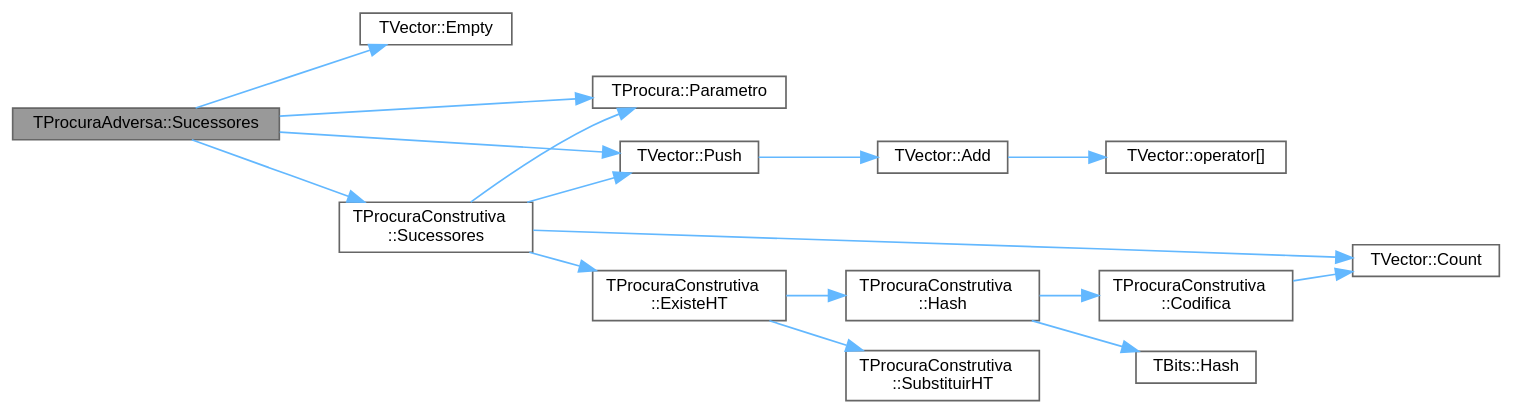
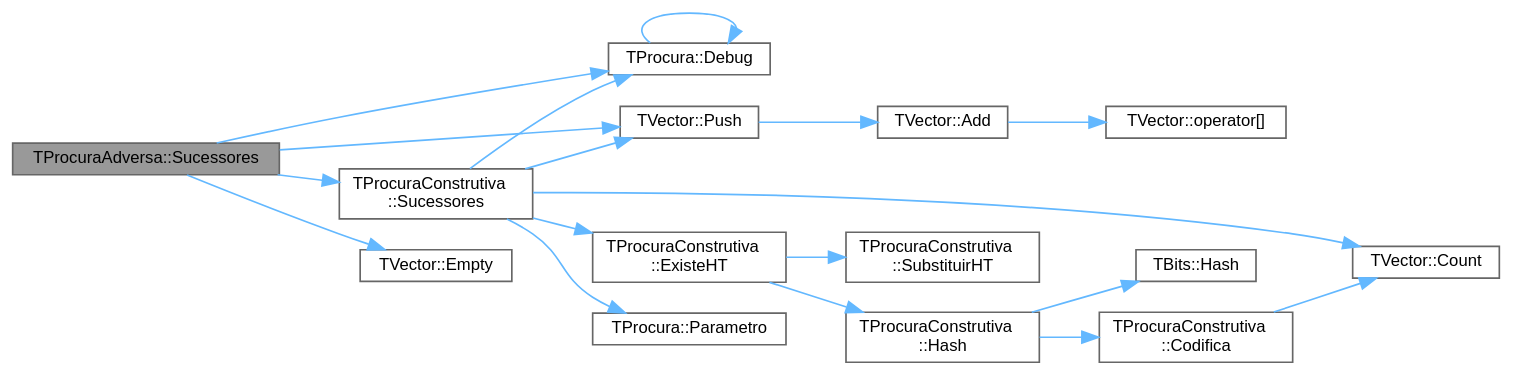
The diagram in classTProcuraAdversa_a6870779a8413eb398f9037514f8936aa_cgraph.dot (jcoelho72/TProcura), drawn with Graphviz before and after one commit. The commit also changed 125 other files, not shown here.

```diff
--- a/classTProcuraAdversa_a6870779a8413eb398f9037514f8936aa_cgraph.dot
+++ b/classTProcuraAdversa_a6870779a8413eb398f9037514f8936aa_cgraph.dot
@@ -1,36 +1,39 @@
 digraph "TProcuraAdversa::Sucessores"
 {
  // LATEX_PDF_SIZE
   bgcolor="transparent";
   edge [fontname=Helvetica,fontsize=10,labelfontname=Helvetica,labelfontsize=10];
   node [fontname=Helvetica,fontsize=10,shape=box,height=0.2,width=0.4];
   rankdir="LR";
   Node1 [id="Node000001",label="TProcuraAdversa::Sucessores",height=0.2,width=0.4,color="gray40", fillcolor="grey60", style="filled", fontcolor="black",tooltip="Coloca em sucessores a lista de estados sucessores."];
   Node1 -> Node2 [id="edge1_Node000001_Node000002",color="steelblue1",style="solid",tooltip=" "];
-  Node2 [id="Node000002",label="TVector::Empty",height=0.2,width=0.4,color="grey40", fillcolor="white", style="filled",URL="$classTVector.html#ae1e7bc1d53267cfee35d7a1459f91f51",tooltip=" "];
-  Node1 -> Node3 [id="edge2_Node000001_Node000003",color="steelblue1",style="solid",tooltip=" "];
-  Node3 [id="Node000003",label="TProcura::Parametro",height=0.2,width=0.4,color="grey40", fillcolor="white", style="filled",URL="$classTProcura.html#a0e9e692f29af8a5d5279a8647c800437",tooltip=" "];
-  Node1 -> Node4 [id="edge3_Node000001_Node000004",color="steelblue1",style="solid",tooltip=" "];
+  Node2 [id="Node000002",label="TProcura::Debug",height=0.2,width=0.4,color="grey40", fillcolor="white", style="filled",URL="$classTProcura.html#a0c5676c1b54ab6bdc1045b98aeafe456",tooltip="Mostra o estado no ecrã, para debug."];
+  Node2 -> Node2 [id="edge2_Node000002_Node000002",color="steelblue1",style="solid",tooltip=" "];
+  Node1 -> Node3 [id="edge3_Node000001_Node000003",color="steelblue1",style="solid",tooltip=" "];
+  Node3 [id="Node000003",label="TVector::Empty",height=0.2,width=0.4,color="grey40", fillcolor="white", style="filled",URL="$classTVector.html#ae1e7bc1d53267cfee35d7a1459f91f51",tooltip=" "];
+  Node1 -> Node4 [id="edge4_Node000001_Node000004",color="steelblue1",style="solid",tooltip=" "];
   Node4 [id="Node000004",label="TVector::Push",height=0.2,width=0.4,color="grey40", fillcolor="white", style="filled",URL="$classTVector.html#afd25458f77157e6e8aa4ba0e6be3fb64",tooltip=" "];
-  Node4 -> Node5 [id="edge4_Node000004_Node000005",color="steelblue1",style="solid",tooltip=" "];
+  Node4 -> Node5 [id="edge5_Node000004_Node000005",color="steelblue1",style="solid",tooltip=" "];
   Node5 [id="Node000005",label="TVector::Add",height=0.2,width=0.4,color="grey40", fillcolor="white", style="filled",URL="$classTVector.html#aa28afdd47b27c5e004fc75b86d6f66a6",tooltip=" "];
-  Node5 -> Node6 [id="edge5_Node000005_Node000006",color="steelblue1",style="solid",tooltip=" "];
+  Node5 -> Node6 [id="edge6_Node000005_Node000006",color="steelblue1",style="solid",tooltip=" "];
   Node6 [id="Node000006",label="TVector::operator[]",height=0.2,width=0.4,color="grey40", fillcolor="white", style="filled",URL="$classTVector.html#a372a42fd7c4a94fee43db36d6a339b33",tooltip="Acesso por índice com auto-expansão."];
-  Node1 -> Node7 [id="edge6_Node000001_Node000007",color="steelblue1",style="solid",tooltip=" "];
+  Node1 -> Node7 [id="edge7_Node000001_Node000007",color="steelblue1",style="solid",tooltip=" "];
   Node7 [id="Node000007",label="TProcuraConstrutiva\l::Sucessores",height=0.2,width=0.4,color="grey40", fillcolor="white", style="filled",URL="$group__RedefinicaoMandatoria.html#ga0a13570d2f5a21296e3c10c2780e170c",tooltip="Coloca em sucessores a lista de estados sucessores."];
-  Node7 -> Node8 [id="edge7_Node000007_Node000008",color="steelblue1",style="solid",tooltip=" "];
+  Node7 -> Node8 [id="edge8_Node000007_Node000008",color="steelblue1",style="solid",tooltip=" "];
   Node8 [id="Node000008",label="TVector::Count",height=0.2,width=0.4,color="grey40", fillcolor="white", style="filled",URL="$classTVector.html#ac3c744d84543ca6e32859eb7dfccfeef",tooltip=" "];
-  Node7 -> Node9 [id="edge8_Node000007_Node000009",color="steelblue1",style="solid",tooltip=" "];
+  Node7 -> Node2 [id="edge9_Node000007_Node000002",color="steelblue1",style="solid",tooltip=" "];
+  Node7 -> Node9 [id="edge10_Node000007_Node000009",color="steelblue1",style="solid",tooltip=" "];
   Node9 [id="Node000009",label="TProcuraConstrutiva\l::ExisteHT",height=0.2,width=0.4,color="grey40", fillcolor="white", style="filled",URL="$classTProcuraConstrutiva.html#ad7857beab462b4b09a37e70cc9c787ac",tooltip=" "];
-  Node9 -> Node10 [id="edge9_Node000009_Node000010",color="steelblue1",style="solid",tooltip=" "];
+  Node9 -> Node10 [id="edge11_Node000009_Node000010",color="steelblue1",style="solid",tooltip=" "];
   Node10 [id="Node000010",label="TProcuraConstrutiva\l::Hash",height=0.2,width=0.4,color="grey40", fillcolor="white", style="filled",URL="$classTProcuraConstrutiva.html#a70375188a6ee7775bc842a3e64f8e35c",tooltip=" "];
-  Node10 -> Node11 [id="edge10_Node000010_Node000011",color="steelblue1",style="solid",tooltip=" "];
+  Node10 -> Node11 [id="edge12_Node000010_Node000011",color="steelblue1",style="solid",tooltip=" "];
   Node11 [id="Node000011",label="TProcuraConstrutiva\l::Codifica",height=0.2,width=0.4,color="grey40", fillcolor="white", style="filled",URL="$group__RedefinicaoSugerida.html#ga3b3873fa9df6753fd408a8e11e932f9f",tooltip="Codifica o estado para um vetor de inteiros de 64 bits."];
-  Node11 -> Node8 [id="edge11_Node000011_Node000008",color="steelblue1",style="solid",tooltip=" "];
-  Node10 -> Node12 [id="edge12_Node000010_Node000012",color="steelblue1",style="solid",tooltip=" "];
+  Node11 -> Node8 [id="edge13_Node000011_Node000008",color="steelblue1",style="solid",tooltip=" "];
+  Node10 -> Node12 [id="edge14_Node000010_Node000012",color="steelblue1",style="solid",tooltip=" "];
   Node12 [id="Node000012",label="TBits::Hash",height=0.2,width=0.4,color="grey40", fillcolor="white", style="filled",URL="$classTBits.html#ae982ae13568bb4c4f3b61cc104761a3e",tooltip=" "];
-  Node9 -> Node13 [id="edge13_Node000009_Node000013",color="steelblue1",style="solid",tooltip=" "];
+  Node9 -> Node13 [id="edge15_Node000009_Node000013",color="steelblue1",style="solid",tooltip=" "];
   Node13 [id="Node000013",label="TProcuraConstrutiva\l::SubstituirHT",height=0.2,width=0.4,color="grey40", fillcolor="white", style="filled",URL="$classTProcuraConstrutiva.html#a99b7a74f16f5a1b63b12bf629b902057",tooltip=" "];
-  Node7 -> Node3 [id="edge14_Node000007_Node000003",color="steelblue1",style="solid",tooltip=" "];
-  Node7 -> Node4 [id="edge15_Node000007_Node000004",color="steelblue1",style="solid",tooltip=" "];
+  Node7 -> Node14 [id="edge16_Node000007_Node000014",color="steelblue1",style="solid",tooltip=" "];
+  Node14 [id="Node000014",label="TProcura::Parametro",height=0.2,width=0.4,color="grey40", fillcolor="white", style="filled",URL="$classTProcura.html#a0e9e692f29af8a5d5279a8647c800437",tooltip=" "];
+  Node7 -> Node4 [id="edge17_Node000007_Node000004",color="steelblue1",style="solid",tooltip=" "];
 }
```
